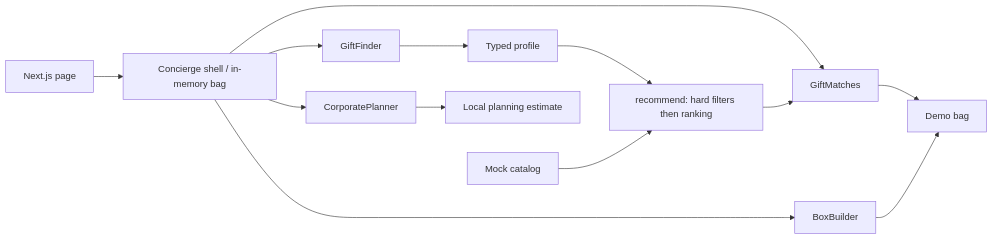
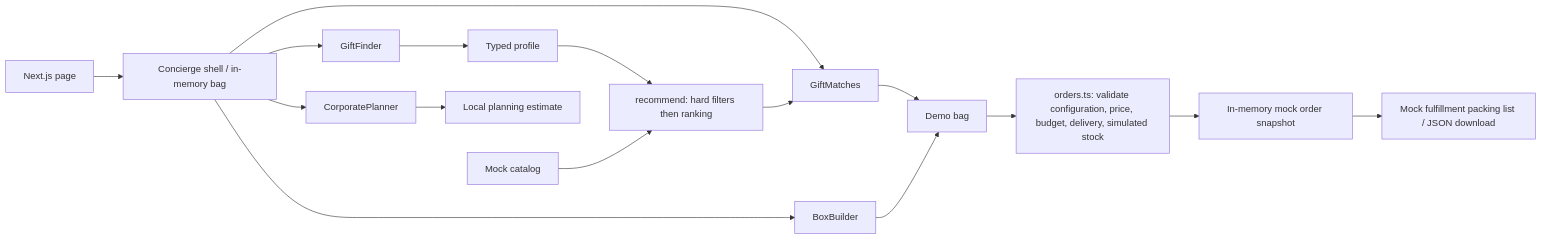
The first of 2 diagrams in docs/ARCHITECTURE.md (jcc-digital/blackbow), drawn with Mermaid before and after one commit. The commit also changed other lines of this file and 13 other files, not shown here.

Commit message:
Demonstrate validated gift-to-order and fulfillment handoff

````diff
--- a/docs/ARCHITECTURE.md
+++ b/docs/ARCHITECTURE.md
@@ -5,15 +5,18 @@
 ```mermaid
 flowchart LR
   Page[Next.js page] --> Concierge[Concierge shell / in-memory bag]
   Concierge --> Finder[GiftFinder]
   Concierge --> Matches[GiftMatches]
   Concierge --> Builder[BoxBuilder]
   Concierge --> Corporate[CorporatePlanner]
   Finder --> Profile[Typed profile]
   Profile --> Rules[recommend: hard filters then ranking]
   Catalog[Mock catalog] --> Rules
   Rules --> Matches
   Matches --> Bag[Demo bag]
   Builder --> Bag
+  Bag --> Validate[orders.ts: validate configuration, price, budget, delivery, simulated stock]
+  Validate --> Order[In-memory mock order snapshot]
+  Order --> Packing[Mock fulfillment packing list / JSON download]
   Corporate --> Brief[Local planning estimate]
 ```
````
